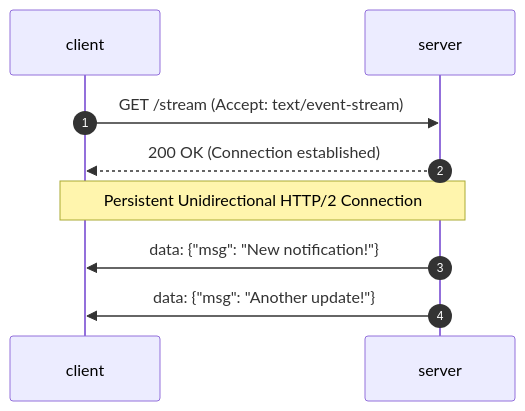
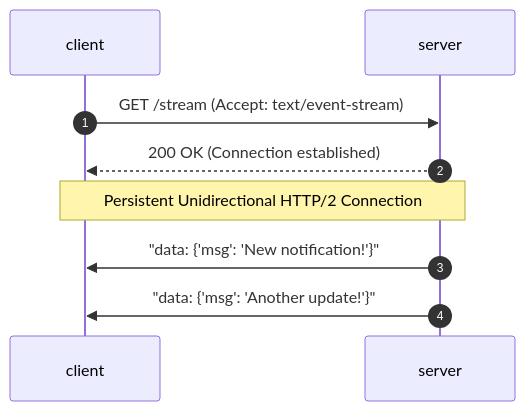
Before and after one commit to weifengcao/deep_system_design: the third of 7 diagrams in Patterns/01_realtime_updates.md, drawn with Mermaid. The commit also changed other lines of this file and 7 other files, not shown here.

First line of the commit message:
fix: resolve Mermaid diagram parsing errors across all pattern files

````diff
--- a/Patterns/01_realtime_updates.md
+++ b/Patterns/01_realtime_updates.md
@@ -78,9 +78,9 @@
 ```mermaid
 sequenceDiagram
     autonumber
     client->>server: GET /stream (Accept: text/event-stream)
     server-->>client: 200 OK (Connection established)
     Note over client,server: Persistent Unidirectional HTTP/2 Connection
-    server->>client: data: {"msg": "New notification!"}
-    server->>client: data: {"msg": "Another update!"}
+    server->>client: "data: {'msg': 'New notification!'}"
+    server->>client: "data: {'msg': 'Another update!'}"
 ```
````
